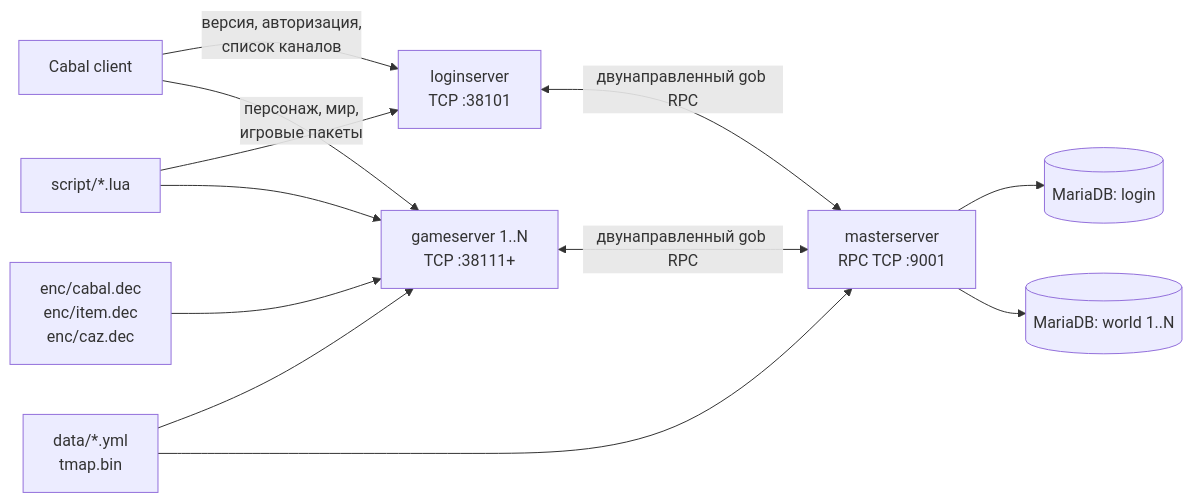
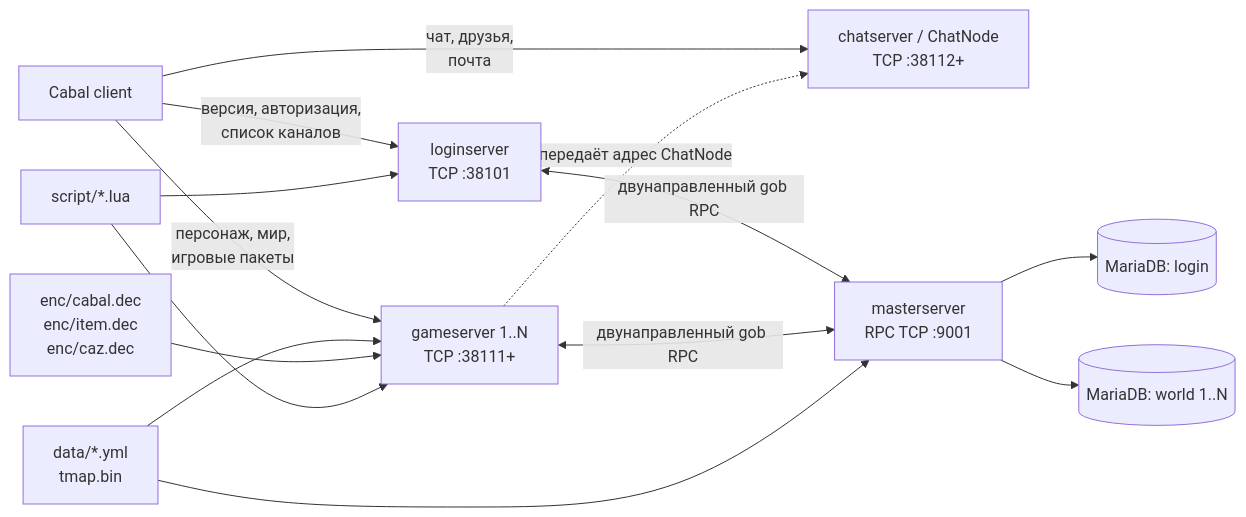
One commit to artem-alekseev/Freya changed the diagram in docs/PROJECT_MAP.md. Above: the diagram before and after it, drawn with Mermaid. The commit also changed other lines of this file and 38 other files, not shown here.

````diff
--- a/docs/PROJECT_MAP.md
+++ b/docs/PROJECT_MAP.md
@@ -11,24 +11,27 @@
 ```mermaid
 flowchart LR
     C["Cabal client"]
     LS["loginserver<br/>TCP :38101"]
     GS["gameserver 1..N<br/>TCP :38111+"]
+    CHAT["chatserver / ChatNode<br/>TCP :38112+"]
     MS["masterserver<br/>RPC TCP :9001"]
     LDB[("MariaDB: login")]
     WDB[("MariaDB: world 1..N")]
     YAML["data/*.yml<br/>tmap.bin"]
     DEC["enc/cabal.dec<br/>enc/item.dec<br/>enc/caz.dec"]
     LUA["script/*.lua"]
 
     C -->|"версия, авторизация,<br/>список каналов"| LS
     C -->|"персонаж, мир,<br/>игровые пакеты"| GS
+    C -->|"чат, друзья,<br/>почта"| CHAT
+    GS -.->|"передаёт адрес ChatNode"| CHAT
     LS <-->|"двунаправленный gob RPC"| MS
     GS <-->|"двунаправленный gob RPC"| MS
     MS --> LDB
     MS --> WDB
     YAML --> GS
     YAML --> MS
     DEC --> GS
     LUA --> LS
     LUA --> GS
 ```
````
